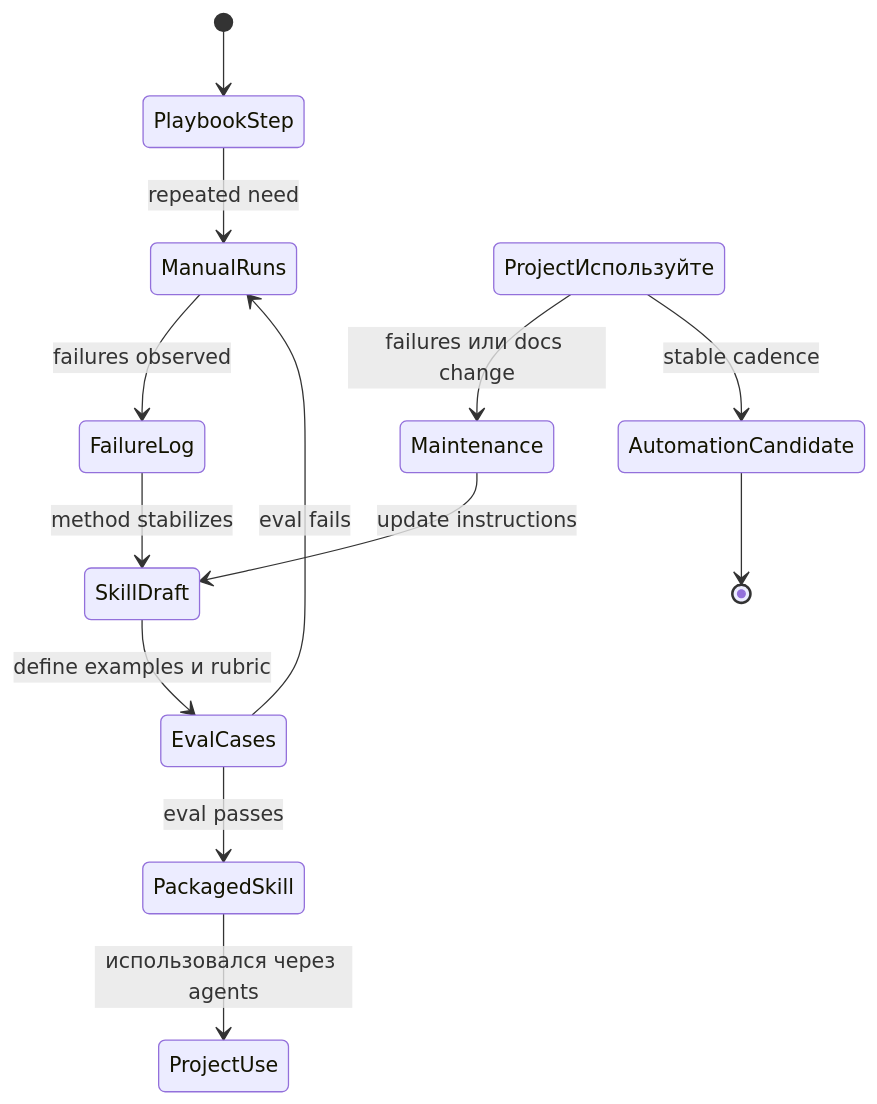
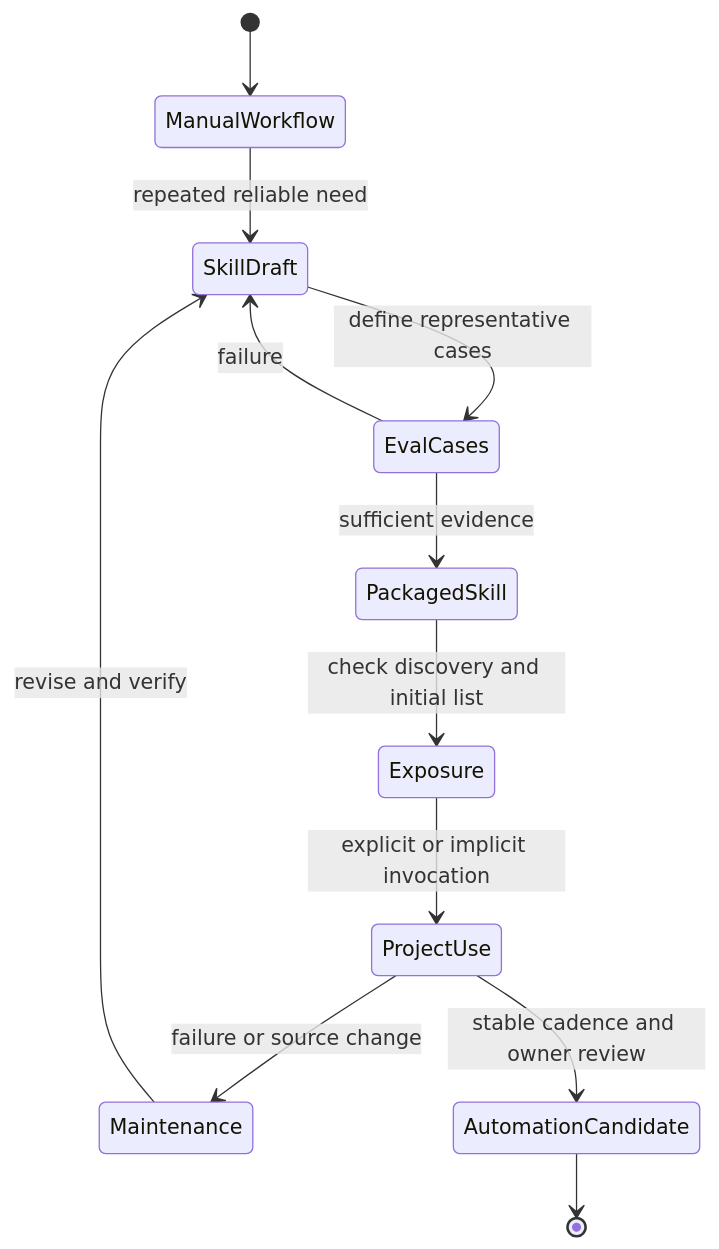
One commit to alexroadcaster/product-agent-os changed the diagram in docs/diagrams/skill-lifecycle.md. Above: the diagram before and after it, drawn with Mermaid. The commit also changed other lines of this file and 560 other files, not shown here.

````diff
--- a/docs/diagrams/skill-lifecycle.md
+++ b/docs/diagrams/skill-lifecycle.md
@@ -9,15 +9,14 @@
 ```mermaid
 stateDiagram-v2
-    [*] --> PlaybookStep
-    PlaybookStep --> ManualRuns: repeated need
-    ManualRuns --> FailureLog: failures observed
-    FailureLog --> SkillDraft: method stabilizes
-    SkillDraft --> EvalCases: define examples и rubric
-    EvalCases --> ManualRuns: eval fails
-    EvalCases --> PackagedSkill: eval passes
-    PackagedSkill --> ProjectUse: использовался через agents
-    ProjectИспользуйте --> Maintenance: failures или docs change
-    Maintenance --> SkillDraft: update instructions
-    ProjectИспользуйте --> AutomationCandidate: stable cadence
+    [*] --> ManualWorkflow
+    ManualWorkflow --> SkillDraft: repeated reliable need
+    SkillDraft --> EvalCases: define representative cases
+    EvalCases --> SkillDraft: failure
+    EvalCases --> PackagedSkill: sufficient evidence
+    PackagedSkill --> Exposure: check discovery and initial list
+    Exposure --> ProjectUse: explicit or implicit invocation
+    ProjectUse --> Maintenance: failure or source change
+    Maintenance --> SkillDraft: revise and verify
+    ProjectUse --> AutomationCandidate: stable cadence and owner review
     AutomationCandidate --> [*]
 ```
````
